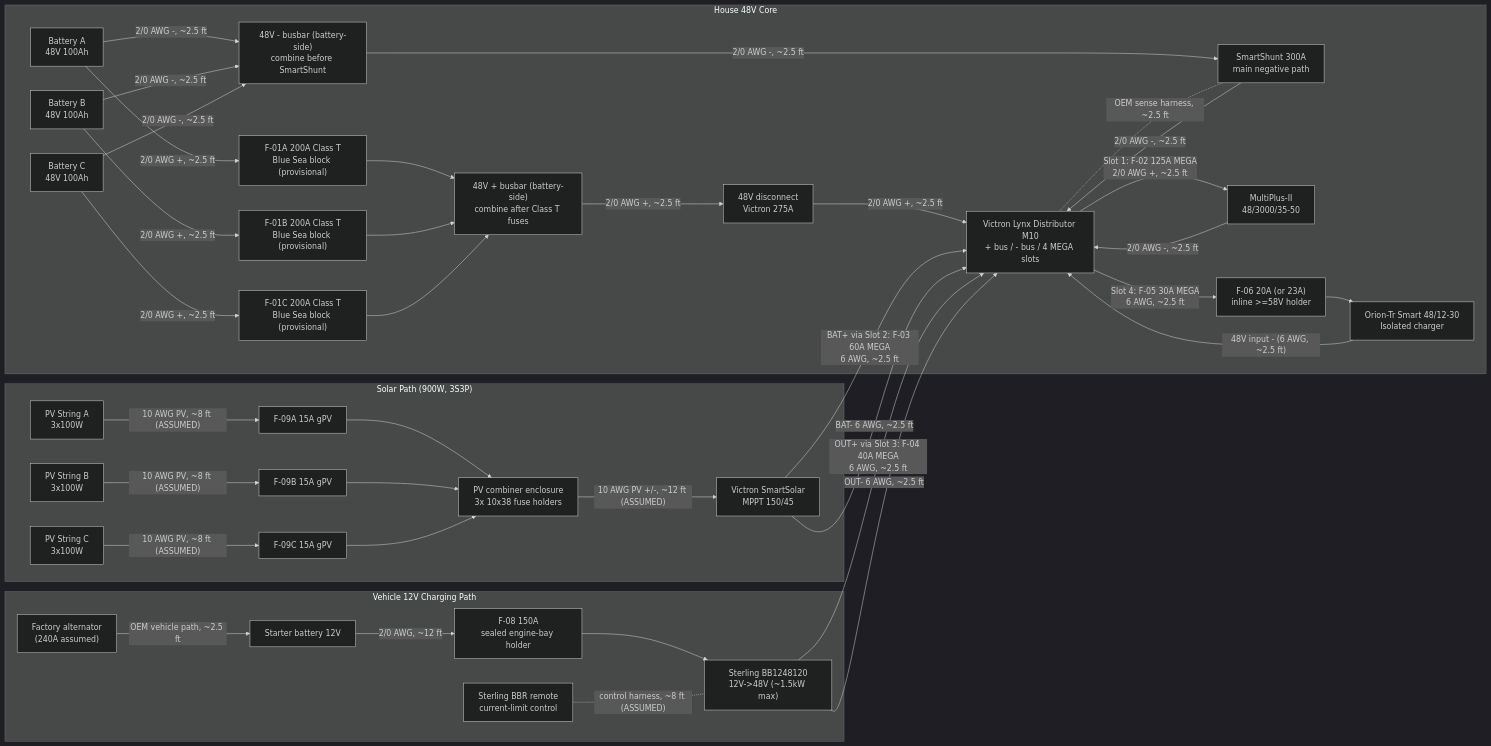
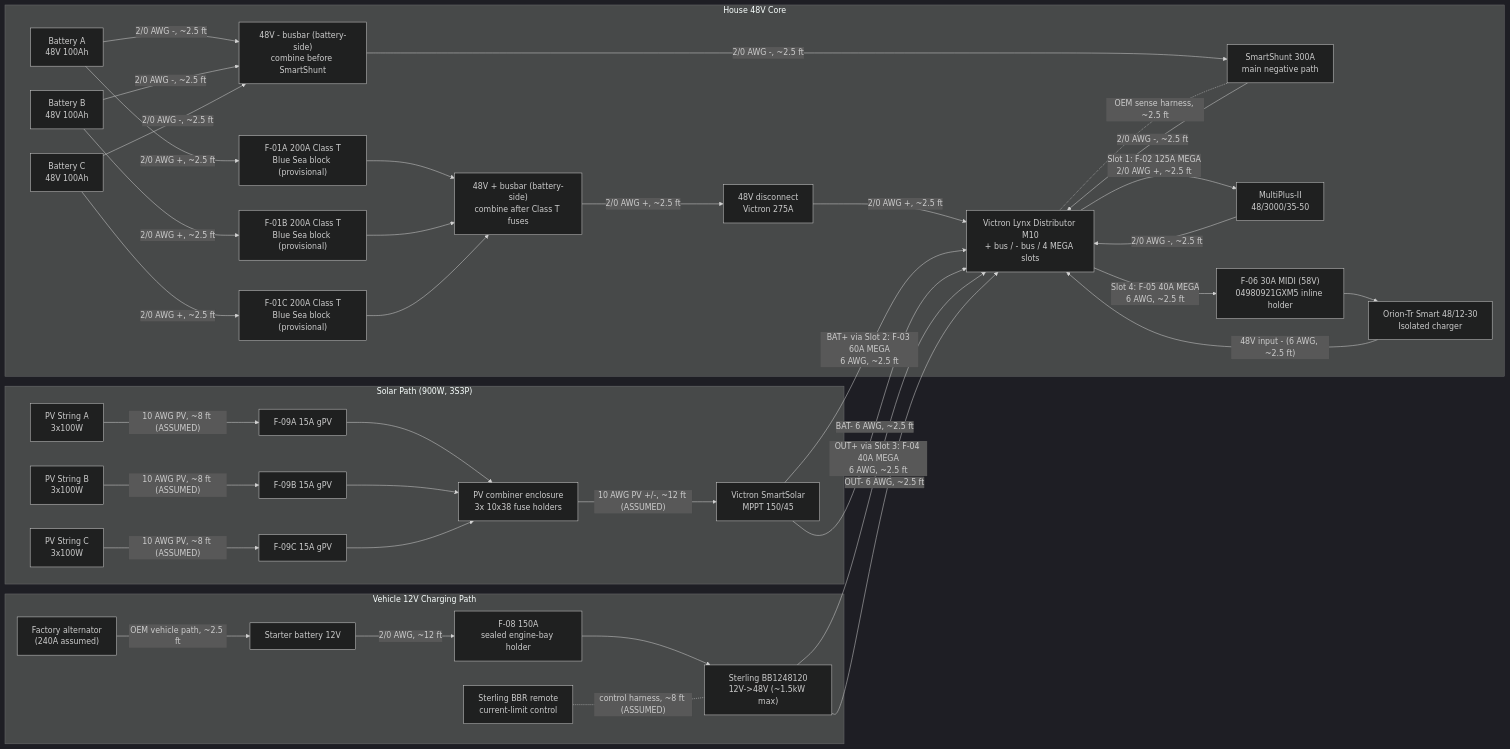
Before and after one commit to DataDaneDev/HiatusBuild: the diagram in docs/pdf_exports/assets/ELECTRICAL_overview_diagram/diagram-01.mmd, drawn with Mermaid (dark theme). The commit also changed 16 other files, not shown here.

```diff
--- a/docs/pdf_exports/assets/ELECTRICAL_overview_diagram/diagram-01.mmd
+++ b/docs/pdf_exports/assets/ELECTRICAL_overview_diagram/diagram-01.mmd
@@ -1,68 +1,68 @@
 flowchart LR
     subgraph VEHICLE_12V["Vehicle 12V Charging Path"]
         ALT["Factory alternator\n(240A assumed)"]
         START["Starter battery 12V"]
         F08["F-08 150A\nsealed engine-bay holder"]
         B2B["Sterling BB1248120\n12V->48V (~1.5kW max)"]
         BBR["Sterling BBR remote\ncurrent-limit control"]
         ALT -- "OEM vehicle path, ~2.5 ft" --> START
         START -- "2/0 AWG, ~12 ft" --> F08 --> B2B
         BBR -. "control harness, ~8 ft (ASSUMED)" .- B2B
     end
 
     subgraph PV_PATH["Solar Path (900W, 3S3P)"]
         PVA["PV String A\n3x100W"]
         PVB["PV String B\n3x100W"]
         PVC["PV String C\n3x100W"]
         F09A["F-09A 15A gPV"]
         F09B["F-09B 15A gPV"]
         F09C["F-09C 15A gPV"]
         COMB["PV combiner enclosure\n3x 10x38 fuse holders"]
         MPPT["Victron SmartSolar\nMPPT 150/45"]
         PVA -- "10 AWG PV, ~8 ft (ASSUMED)" --> F09A --> COMB
         PVB -- "10 AWG PV, ~8 ft (ASSUMED)" --> F09B --> COMB
         PVC -- "10 AWG PV, ~8 ft (ASSUMED)" --> F09C --> COMB
         COMB -- "10 AWG PV +/-, ~12 ft (ASSUMED)" --> MPPT
     end
 
     subgraph HOUSE_48V["House 48V Core"]
         BATA["Battery A\n48V 100Ah"]
         BATB["Battery B\n48V 100Ah"]
         BATC["Battery C\n48V 100Ah"]
         F01A["F-01A 200A Class T\nBlue Sea block (provisional)"]
         F01B["F-01B 200A Class T\nBlue Sea block (provisional)"]
         F01C["F-01C 200A Class T\nBlue Sea block (provisional)"]
         POSBUS["48V + busbar (battery-side)\ncombine after Class T fuses"]
         NEGBUS["48V - busbar (battery-side)\ncombine before SmartShunt"]
         DISC["48V disconnect\nVictron 275A"]
         SHUNT["SmartShunt 300A\nmain negative path"]
         LYNX["Victron Lynx Distributor M10\n+ bus / - bus / 4 MEGA slots"]
         MULTI["MultiPlus-II\n48/3000/35-50"]
         ORION["Orion-Tr Smart 48/12-30\nIsolated charger"]
-        F06["F-06 20A (or 23A)\ninline >=58V holder"]
+        F06["F-06 30A MIDI (58V)\n04980921GXM5 inline holder"]
     end
 
     BATA -- "2/0 AWG +, ~2.5 ft" --> F01A --> POSBUS
     BATB -- "2/0 AWG +, ~2.5 ft" --> F01B --> POSBUS
     BATC -- "2/0 AWG +, ~2.5 ft" --> F01C --> POSBUS
     POSBUS -- "2/0 AWG +, ~2.5 ft" --> DISC
     DISC -- "2/0 AWG +, ~2.5 ft" --> LYNX
 
     BATA -- "2/0 AWG -, ~2.5 ft" --> NEGBUS
     BATB -- "2/0 AWG -, ~2.5 ft" --> NEGBUS
     BATC -- "2/0 AWG -, ~2.5 ft" --> NEGBUS
     NEGBUS -- "2/0 AWG -, ~2.5 ft" --> SHUNT
     SHUNT -- "2/0 AWG -, ~2.5 ft" --> LYNX
     LYNX -. "OEM sense harness, ~2.5 ft" .- SHUNT
 
     LYNX -- "Slot 1: F-02 125A MEGA\n2/0 AWG +, ~2.5 ft" --> MULTI
     MULTI -- "2/0 AWG -, ~2.5 ft" --> LYNX
 
     MPPT -- "BAT+ via Slot 2: F-03 60A MEGA\n6 AWG, ~2.5 ft" --> LYNX
     MPPT -- "BAT- 6 AWG, ~2.5 ft" --> LYNX
 
     B2B -- "OUT+ via Slot 3: F-04 40A MEGA\n6 AWG, ~2.5 ft" --> LYNX
     B2B -- "OUT- 6 AWG, ~2.5 ft" --> LYNX
 
-    LYNX -- "Slot 4: F-05 30A MEGA\n6 AWG, ~2.5 ft" --> F06 --> ORION
+    LYNX -- "Slot 4: F-05 40A MEGA\n6 AWG, ~2.5 ft" --> F06 --> ORION
     ORION -- "48V input - (6 AWG, ~2.5 ft)" --> LYNX
```
